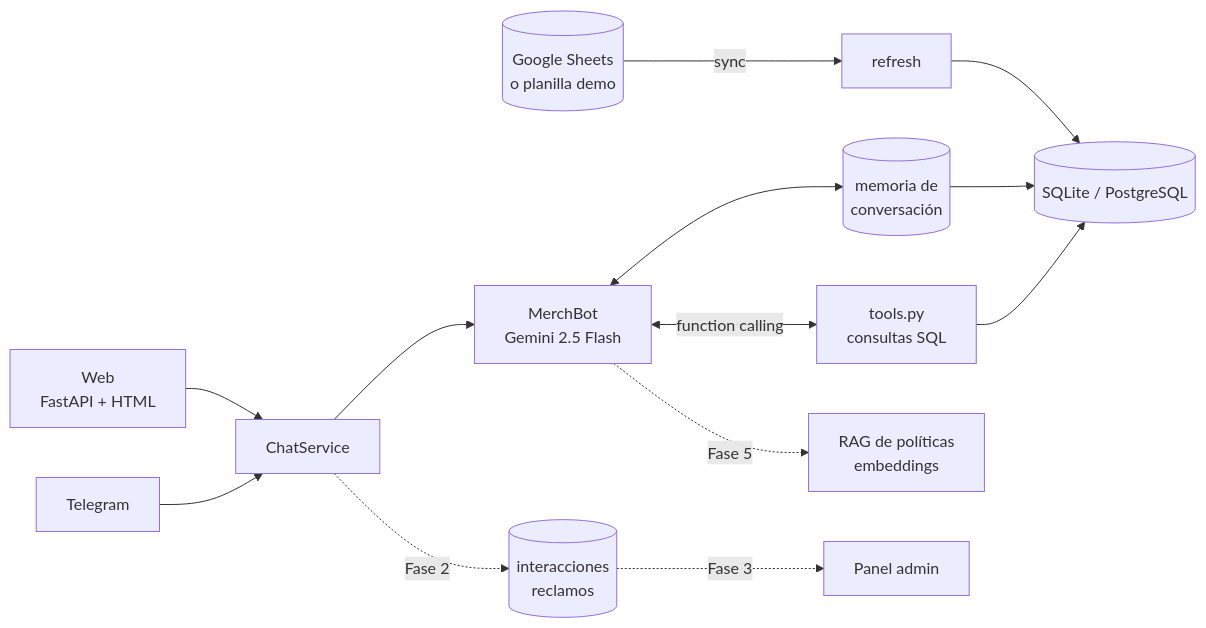
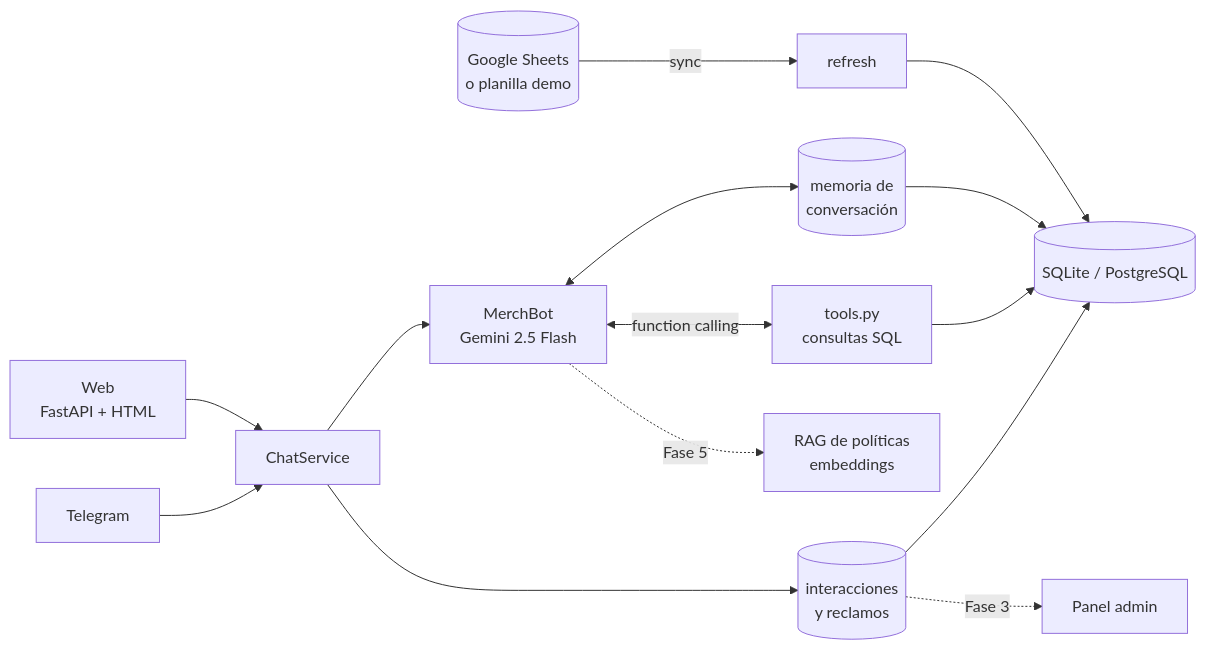
The diagram in README.md (agustinvignau/merchbot), drawn with Mermaid before and after one commit. The commit also changed other lines of this file and 3 other files, not shown here.

First line of the commit message:
docs: situaciones que atiende, API de reclamos y horario; Fase 2 hecha

````diff
--- a/README.md
+++ b/README.md
@@ -61,17 +80,18 @@
 ```mermaid
 flowchart LR
     GS[(Google Sheets<br/>o planilla demo)] -->|sync| SY[refresh]
     SY --> DB[(SQLite / PostgreSQL)]
 
     WEB[Web<br/>FastAPI + HTML] --> CS[ChatService]
     TG[Telegram] --> CS
 
     CS --> BOT[MerchBot<br/>Gemini 2.5 Flash]
     BOT <--> MEM[(memoria de<br/>conversación)]
     MEM --> DB
+    CS --> LOG[(interacciones<br/>y reclamos)]
+    LOG --> DB
     BOT <-->|function calling| TOOLS[tools.py<br/>consultas SQL]
     TOOLS --> DB
     BOT -.->|Fase 5| RAG[RAG de políticas<br/>embeddings]
-    CS -.->|Fase 2| LOG[(interacciones<br/>reclamos)]
     LOG -.->|Fase 3| ADM[Panel admin]
 ```
````
